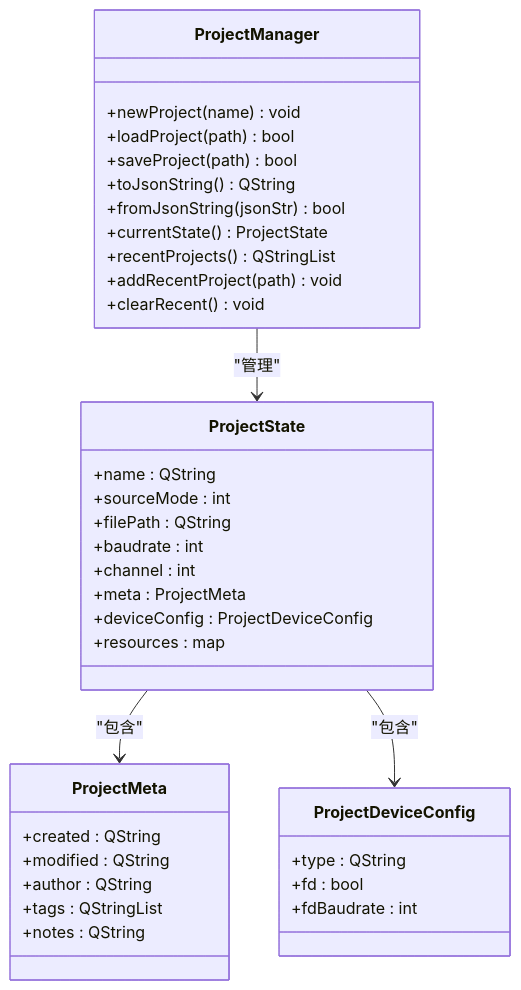
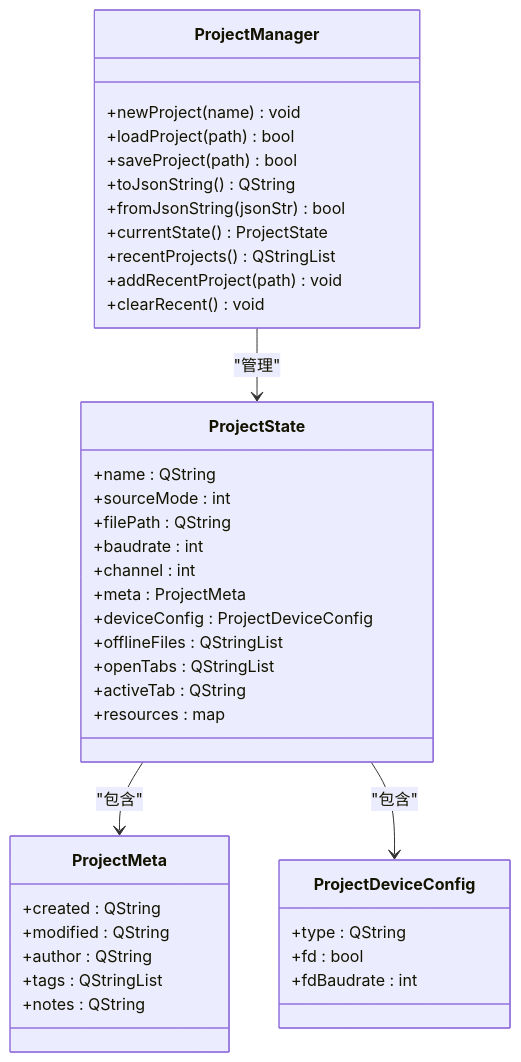
One commit to jakecai1225-design/OpenBus changed the seventh of 15 diagrams in .qoder/repowiki/zh/content/核心模块详解/项目管理系统.md. Above: the diagram before and after it, drawn with Mermaid. The commit also changed other lines of this file and 12 other files, not shown here.

Commit message:
graphic回放bug

````diff
--- a/.qoder/repowiki/zh/content/核心模块详解/项目管理系统.md
+++ b/.qoder/repowiki/zh/content/核心模块详解/项目管理系统.md
@@ -337,39 +344,42 @@
 ```mermaid
 classDiagram
 class ProjectManager {
 +newProject(name) void
 +loadProject(path) bool
 +saveProject(path) bool
 +toJsonString() QString
 +fromJsonString(jsonStr) bool
 +currentState() ProjectState
 +recentProjects() QStringList
 +addRecentProject(path) void
 +clearRecent() void
 }
 class ProjectMeta {
 +created : QString
 +modified : QString
 +author : QString
 +tags : QStringList
 +notes : QString
 }
 class ProjectDeviceConfig {
 +type : QString
 +fd : bool
 +fdBaudrate : int
 }
 class ProjectState {
 +name : QString
 +sourceMode : int
 +filePath : QString
 +baudrate : int
 +channel : int
 +meta : ProjectMeta
 +deviceConfig : ProjectDeviceConfig
++offlineFiles : QStringList
++openTabs : QStringList
++activeTab : QString
 +resources : map
 }
 ProjectManager --> ProjectState : "管理"
 ProjectState --> ProjectMeta : "包含"
 ProjectState --> ProjectDeviceConfig : "包含"
 ```
````
